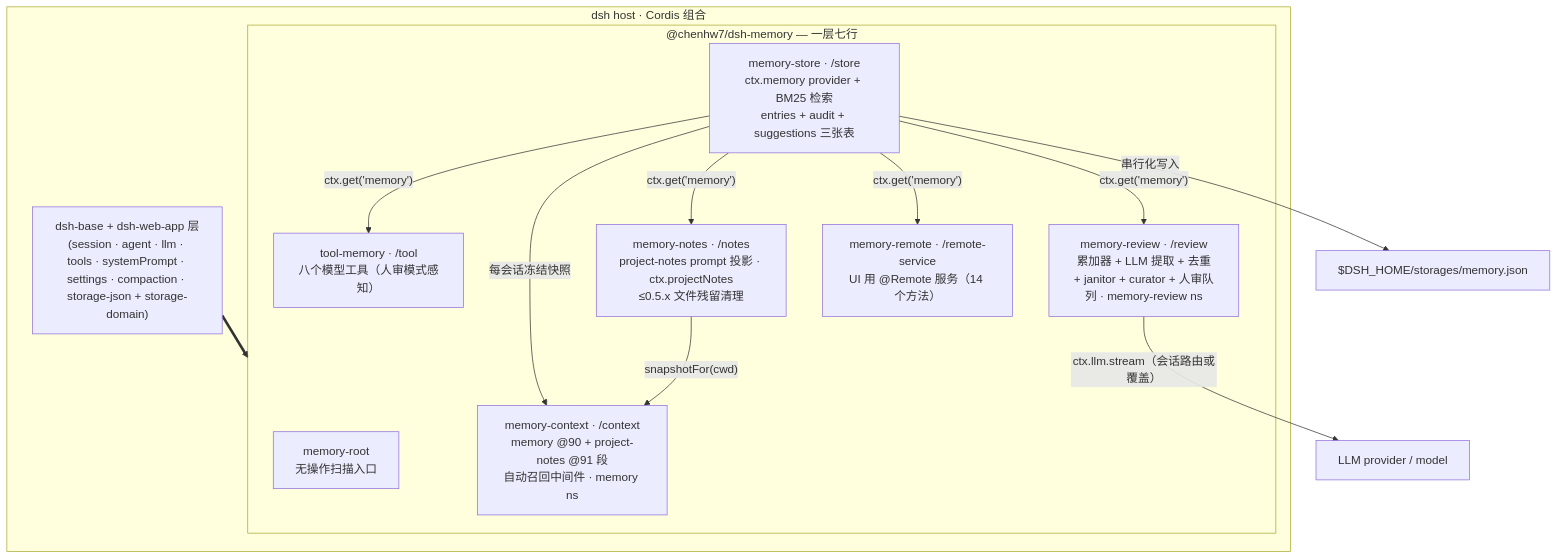
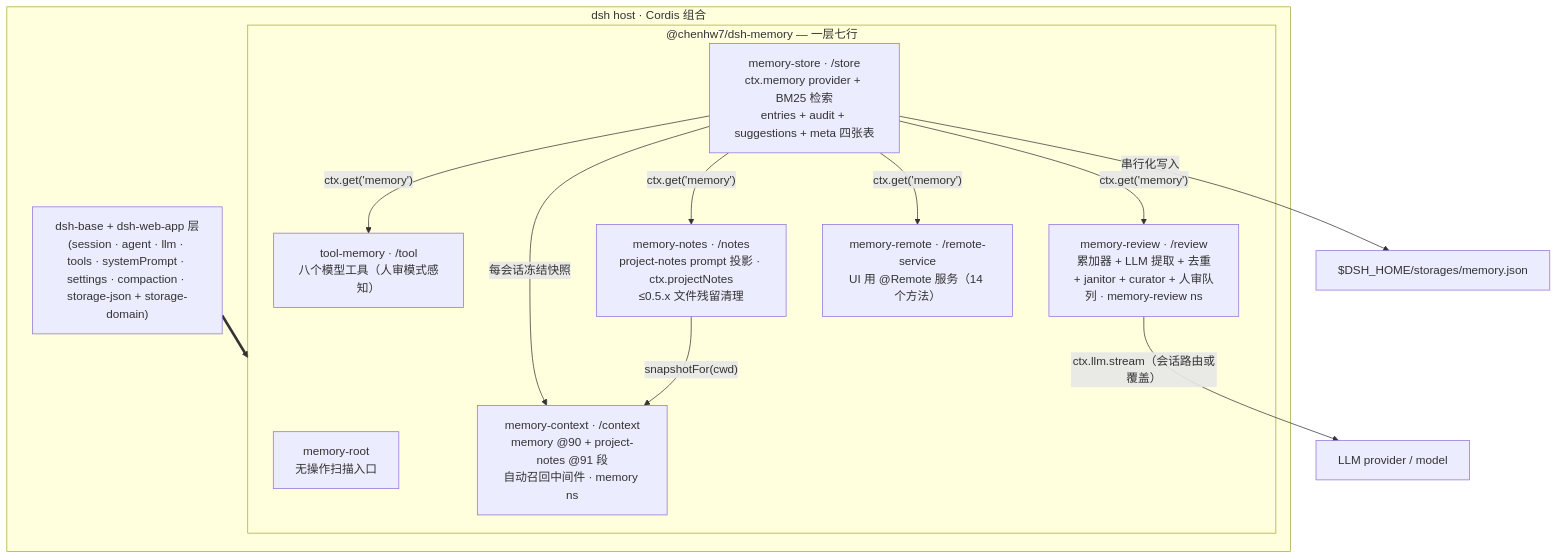
The first of 3 diagrams in docs/TECH_DESIGN.zh.md (chenhw7/dsh-memory), drawn with Mermaid before and after one commit. The commit also changed other lines of this file and 15 other files, not shown here.

First line of the commit message:
feat(store): anchors/status/supersededBy entry fields + fourth meta table (write-path rework Step 1.1)

````diff
--- a/docs/TECH_DESIGN.zh.md
+++ b/docs/TECH_DESIGN.zh.md
@@ -102,24 +102,24 @@
 ```mermaid
 flowchart TB
   subgraph host["dsh host · Cordis 组合"]
     base["dsh-base + dsh-web-app 层<br/>(session · agent · llm · tools · systemPrompt · settings · compaction · storage-json + storage-domain)"]
     subgraph bundle["@chenhw7/dsh-memory — 一层七行"]
       root["memory-root<br/>无操作扫描入口"]
-      store["memory-store · /store<br/>ctx.memory provider + BM25 检索<br/>entries + audit + suggestions 三张表"]
+      store["memory-store · /store<br/>ctx.memory provider + BM25 检索<br/>entries + audit + suggestions + meta 四张表"]
       tool["tool-memory · /tool<br/>八个模型工具（人审模式感知）"]
       review["memory-review · /review<br/>累加器 + LLM 提取 + 去重<br/>+ janitor + curator + 人审队列 · memory-review ns"]
       notes["memory-notes · /notes<br/>project-notes prompt 投影 · ctx.projectNotes<br/>≤0.5.x 文件残留清理"]
       context["memory-context · /context<br/>memory @90 + project-notes @91 段<br/>自动召回中间件 · memory ns"]
       remote["memory-remote · /remote-service<br/>UI 用 @Remote 服务（14 个方法）"]
     end
   end
   base ==> bundle
   store -- "ctx.get('memory')" --> tool
   store -- "ctx.get('memory')" --> review
   store -- "每会话冻结快照" --> context
   store -- "ctx.get('memory')" --> notes
   store -- "ctx.get('memory')" --> remote
   review -- "ctx.llm.stream（会话路由或覆盖）" --> llm["LLM provider / model"]
   notes -- "snapshotFor(cwd)" --> context
   store -- "串行化写入" --> json["$DSH_HOME/storages/memory.json"]
 ```
````
